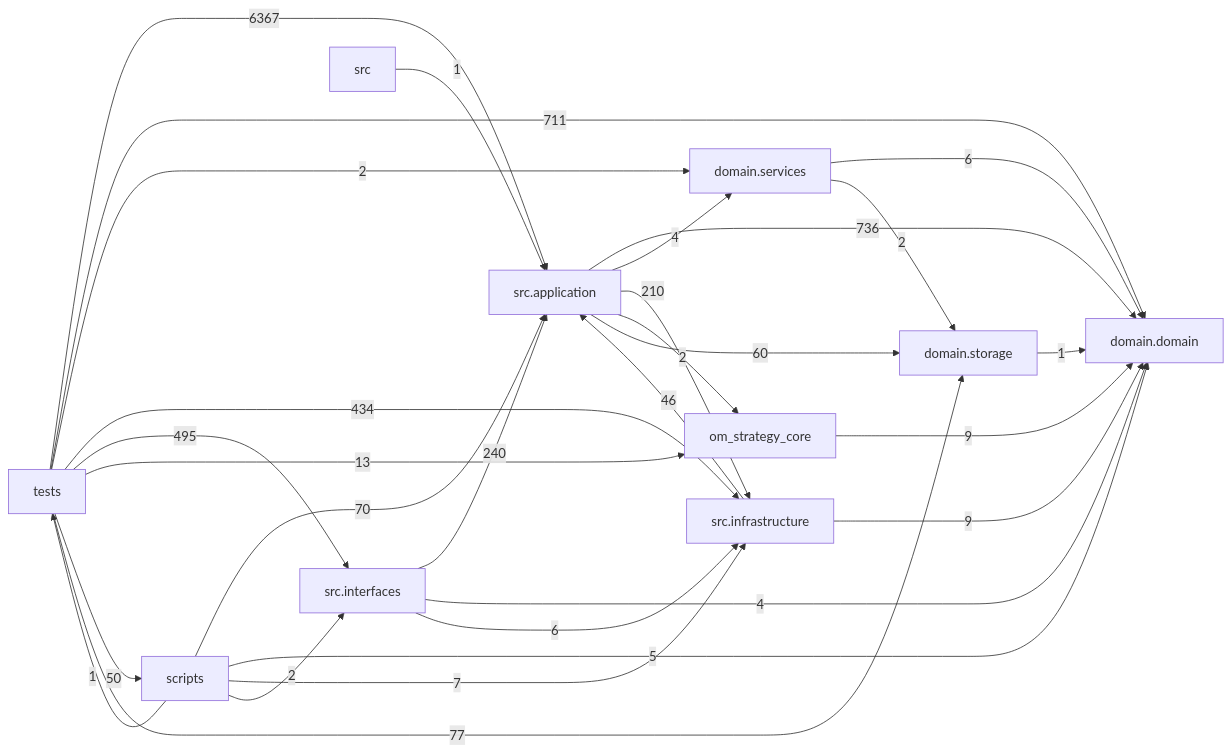
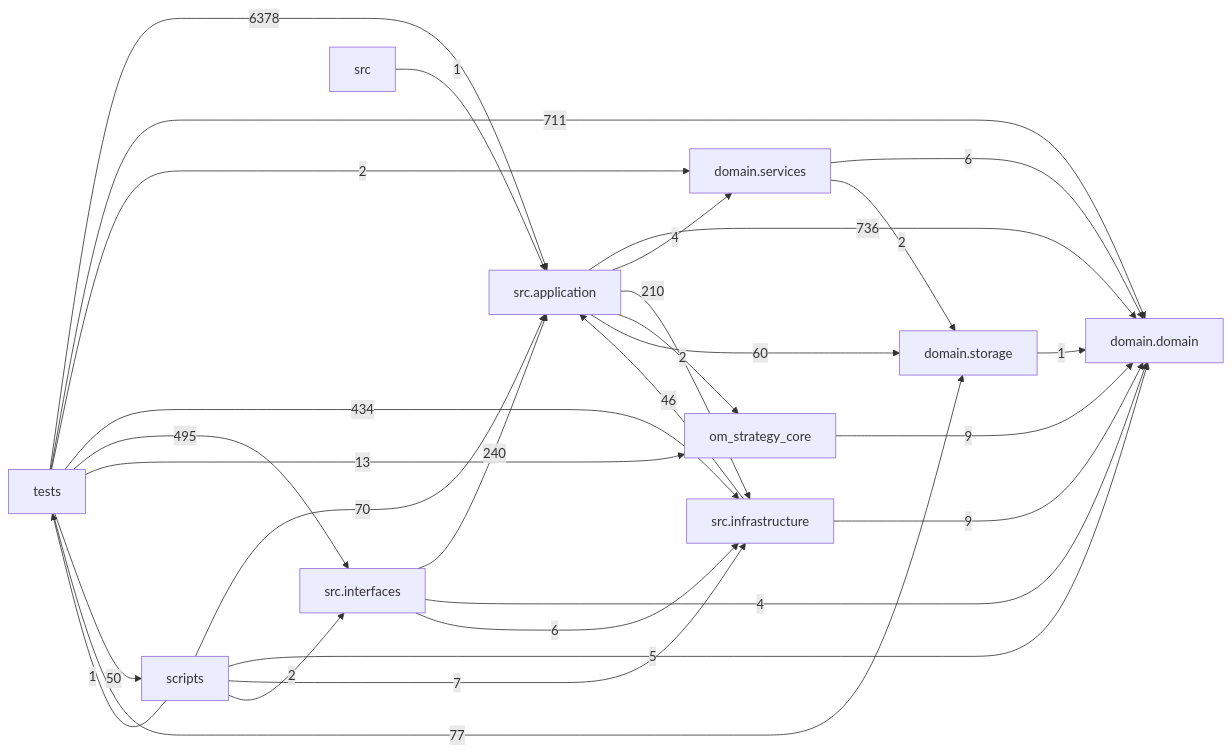
One commit to liuxie066/options-monitor changed the diagram in docs/DEPENDENCY_GRAPH.md. Above: the diagram before and after it, drawn with Mermaid. The commit also changed other lines of this file and 18 other files, not shown here.

````diff
--- a/docs/DEPENDENCY_GRAPH.md
+++ b/docs/DEPENDENCY_GRAPH.md
@@ -24,39 +24,39 @@
 ```mermaid
 flowchart LR
   tests["tests"]
   scripts["scripts"]
   interfaces["src.interfaces"]
   application["src.application"]
   infrastructure["src.infrastructure"]
   domain_services["domain.services"]
   domain["domain.domain"]
   storage["domain.storage"]
   application -->|736| domain
   application -->|4| domain_services
   application -->|210| infrastructure
   application -->|2| om_strategy_core
   application -->|60| storage
   domain_services -->|6| domain
   domain_services -->|2| storage
   infrastructure -->|46| application
   infrastructure -->|9| domain
   interfaces -->|240| application
   interfaces -->|4| domain
   interfaces -->|6| infrastructure
   om_strategy_core -->|9| domain
   scripts -->|70| application
   scripts -->|5| domain
   scripts -->|7| infrastructure
   scripts -->|2| interfaces
   scripts -->|1| tests
   src -->|1| application
   storage -->|1| domain
-  tests -->|6367| application
+  tests -->|6378| application
   tests -->|711| domain
   tests -->|2| domain_services
   tests -->|434| infrastructure
   tests -->|495| interfaces
   tests -->|13| om_strategy_core
   tests -->|50| scripts
   tests -->|77| storage
 ```
````
